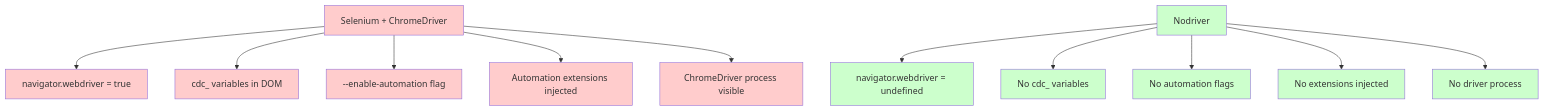
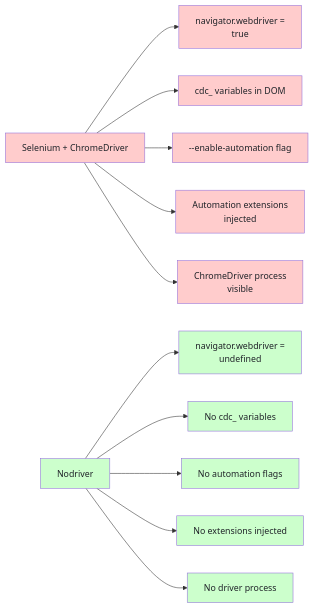
One commit to bytetunnels/bytetunnels.github.com changed the first of 4 diagrams in _posts/2026-02-19-nodriver-bot-detection-how-well-does-it-evade-fingerprinting.md. Above: the diagram before and after it, drawn with Mermaid. The commit also changed other lines of this file and 118 other files, not shown here.

Commit message:
feat: improve diagram styling and compact wide flowcharts

````diff
--- a/_posts/2026-02-19-nodriver-bot-detection-how-well-does-it-evade-fingerprinting.md
+++ b/_posts/2026-02-19-nodriver-bot-detection-how-well-does-it-evade-fingerprinting.md
@@ -19,27 +19,27 @@
 ```mermaid
-graph TD
-    A["Selenium + ChromeDriver"] --> B["navigator.webdriver = true"]
+graph LR
+    A["Selenium + ChromeDriver"] --> B["navigator.webdriver =<br/>true"]
     A --> C["cdc_ variables in DOM"]
     A --> D["--enable-automation flag"]
-    A --> E["Automation extensions injected"]
-    A --> F["ChromeDriver process visible"]
+    A --> E["Automation extensions<br/>injected"]
+    A --> F["ChromeDriver process<br/>visible"]
 
-    G["Nodriver"] --> H["navigator.webdriver = undefined"]
+    G["Nodriver"] --> H["navigator.webdriver =<br/>undefined"]
     G --> I["No cdc_ variables"]
     G --> J["No automation flags"]
     G --> K["No extensions injected"]
     G --> L["No driver process"]
 
-    style A fill:#ffcccc
-    style B fill:#ffcccc
-    style C fill:#ffcccc
-    style D fill:#ffcccc
-    style E fill:#ffcccc
-    style F fill:#ffcccc
-    style G fill:#ccffcc
-    style H fill:#ccffcc
-    style I fill:#ccffcc
-    style J fill:#ccffcc
-    style K fill:#ccffcc
-    style L fill:#ccffcc
+    style A fill:#ffcccc,color:#1f2328
+    style B fill:#ffcccc,color:#1f2328
+    style C fill:#ffcccc,color:#1f2328
+    style D fill:#ffcccc,color:#1f2328
+    style E fill:#ffcccc,color:#1f2328
+    style F fill:#ffcccc,color:#1f2328
+    style G fill:#ccffcc,color:#1f2328
+    style H fill:#ccffcc,color:#1f2328
+    style I fill:#ccffcc,color:#1f2328
+    style J fill:#ccffcc,color:#1f2328
+    style K fill:#ccffcc,color:#1f2328
+    style L fill:#ccffcc,color:#1f2328
 ```
````
